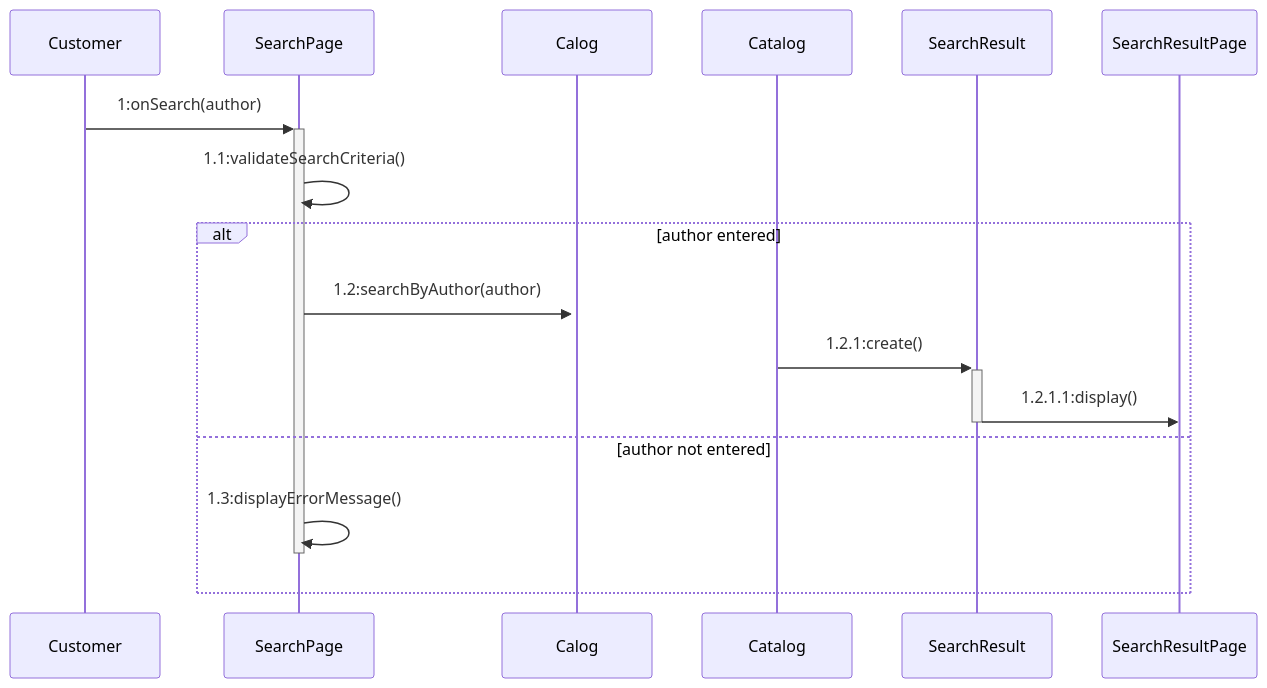
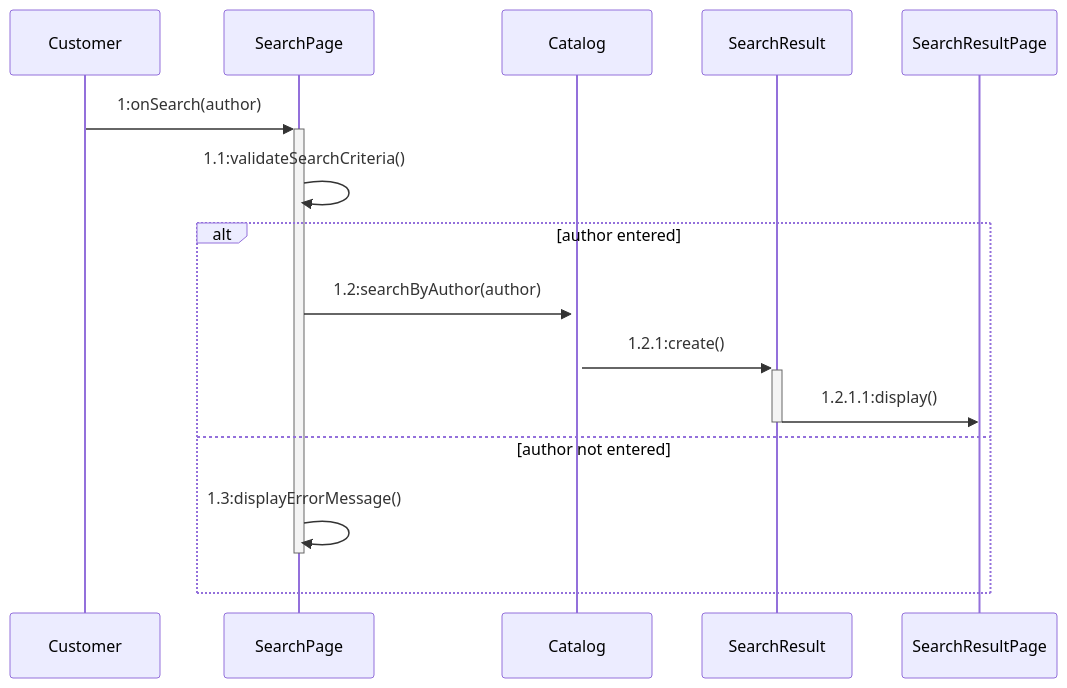
Before and after one commit to crepp-tt/mermaidEx: the diagram in sequence.mmd, drawn with Mermaid.

```diff
--- a/sequence.mmd
+++ b/sequence.mmd
@@ -1,13 +1,13 @@
 sequenceDiagram
     participant Customer
 
     Customer->>+SearchPage: 1:onSearch(author)
     SearchPage->>SearchPage: 1.1:validateSearchCriteria()
     
     alt author entered
-        SearchPage->>+Calog:1.2:searchByAuthor(author)
+        SearchPage->>+Catalog:1.2:searchByAuthor(author)
         Catalog->>+SearchResult: 1.2.1:create()
         SearchResult->>-SearchResultPage: 1.2.1.1:display()
     else author not entered
         SearchPage->>-SearchPage:1.3:displayErrorMessage()
     end
```
